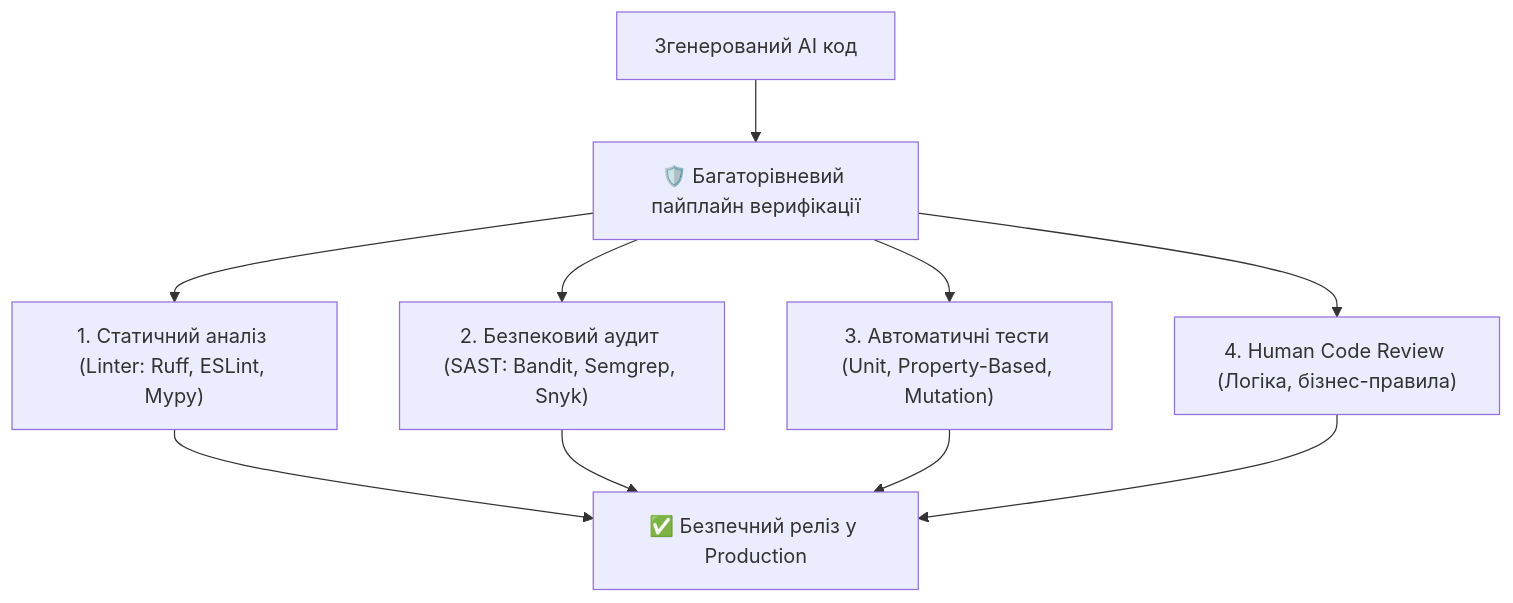
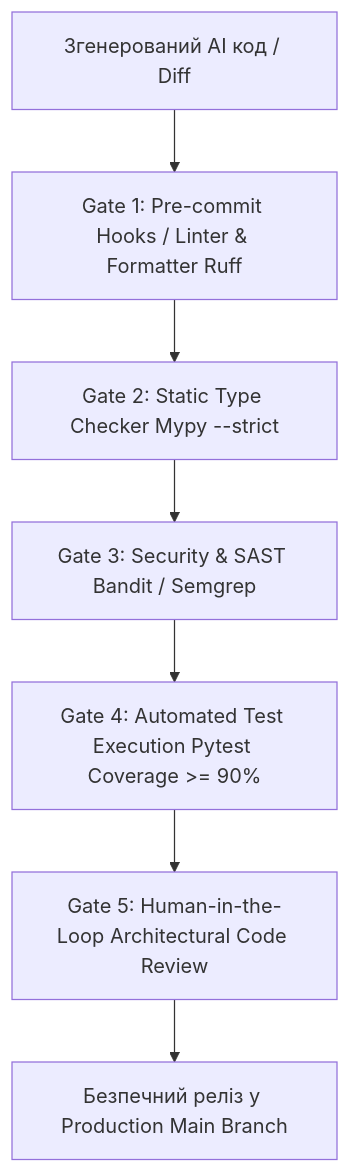
Before and after one commit to dperov-ai/AI_Courses: the diagram in Sprint_5/AI Developer/Week 2/Lesson 93/Перевірка коректності коду, створеного AI.md, drawn with Mermaid. The commit also changed other lines of this file and 81 other files, not shown here.

````diff
--- a/Sprint_5/AI Developer/Week 2/Lesson 93/Перевірка коректності коду, створеного AI.md
+++ b/Sprint_5/AI Developer/Week 2/Lesson 93/Перевірка коректності коду, створеного AI.md
@@ -7,9 +20,9 @@
 ```mermaid
 graph TD
-    AICode["Згенерований AI код"] --> ReviewPipeline["🛡️ Багаторівневий пайплайн верифікації"]
-    ReviewPipeline --> L1["1. Статичний аналіз (Linter: Ruff, ESLint, Mypy)"]
-    ReviewPipeline --> L2["2. Безпековий аудит (SAST: Bandit, Semgrep, Snyk)"]
-    ReviewPipeline --> L3["3. Автоматичні тести (Unit, Property-Based, Mutation)"]
-    ReviewPipeline --> L4["4. Human Code Review (Логіка, бізнес-правила)"]
-    L1 & L2 & L3 & L4 --> ProdReady["✅ Безпечний реліз у Production"]
+    AICode[Згенерований AI код / Diff] --> Gate1[Gate 1: Pre-commit Hooks / Linter & Formatter Ruff]
+    Gate1 --> Gate2[Gate 2: Static Type Checker Mypy --strict]
+    Gate2 --> Gate3[Gate 3: Security & SAST Bandit / Semgrep]
+    Gate3 --> Gate4[Gate 4: Automated Test Execution Pytest Coverage >= 90%]
+    Gate4 --> Gate5[Gate 5: Human-in-the-Loop Architectural Code Review]
+    Gate5 --> Production[Безпечний реліз у Production Main Branch]
 ```
````
